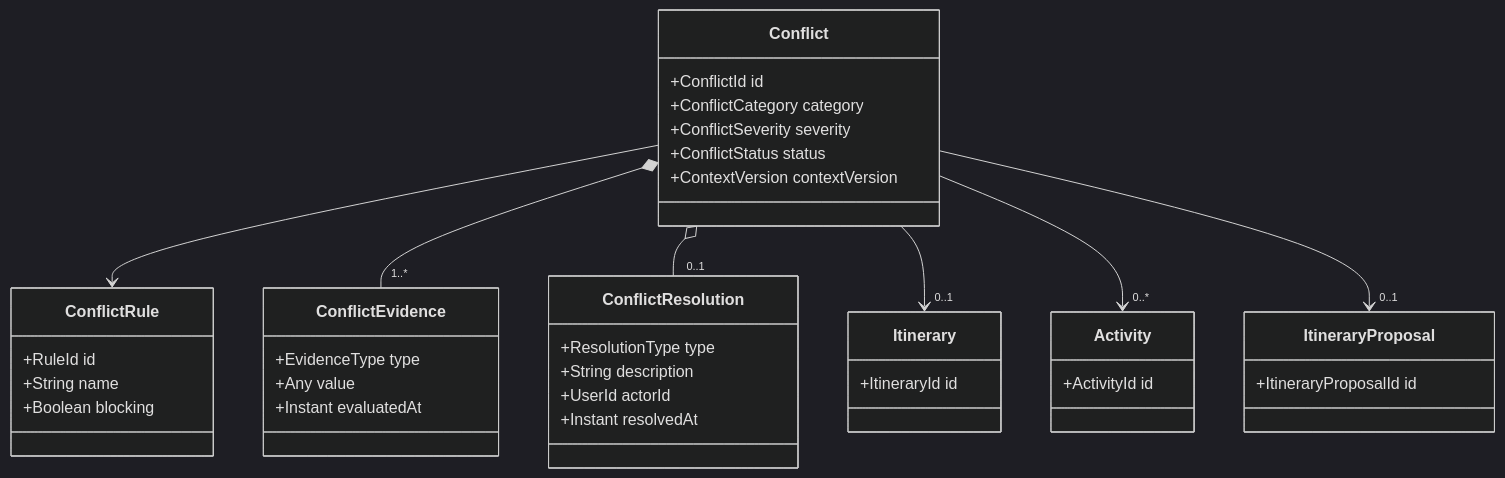
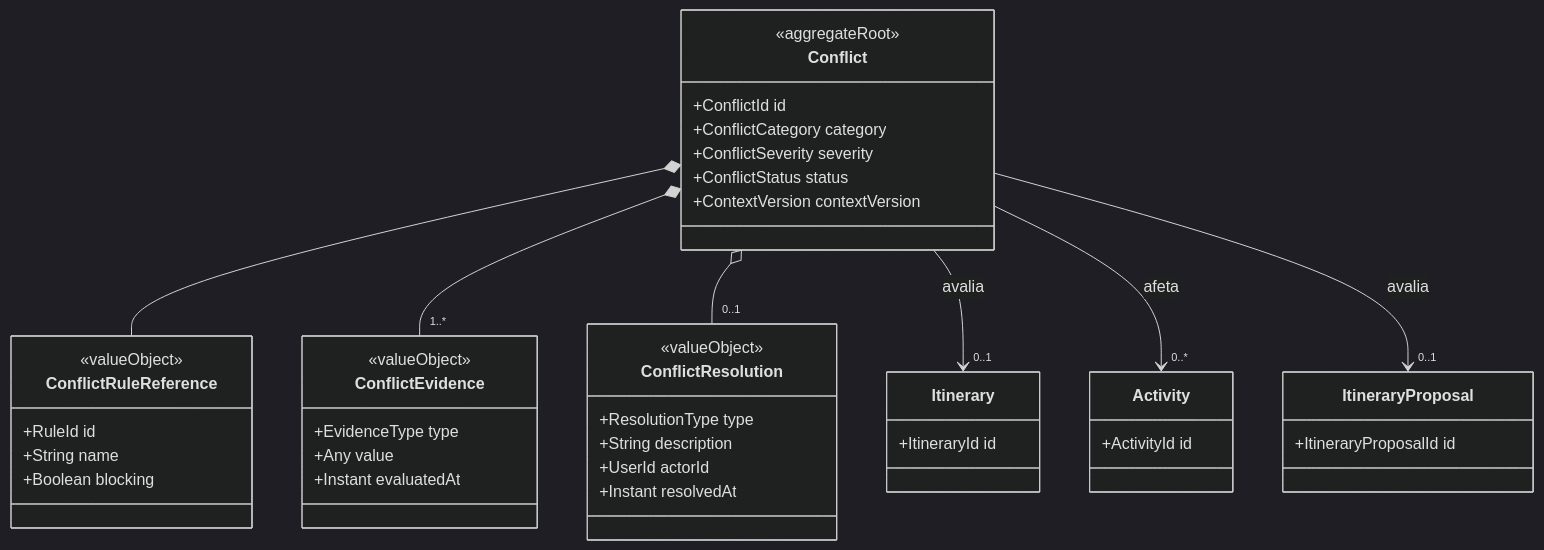
Before and after one commit to collapsy/Routebook: diagram 15 of 17 in docs/domain/domain-model.md, drawn with Mermaid (dark theme). The commit also changed other lines of this file and 1 other file, not shown here.

````diff
--- a/docs/domain/domain-model.md
+++ b/docs/domain/domain-model.md
@@ -2997,48 +2405,52 @@
-```mermaid id="iirxcy"
+```mermaid
 classDiagram
     class Conflict {
+        <<aggregateRoot>>
         +ConflictId id
         +ConflictCategory category
         +ConflictSeverity severity
         +ConflictStatus status
         +ContextVersion contextVersion
     }
 
-    class ConflictRule {
+    class ConflictRuleReference {
+        <<valueObject>>
         +RuleId id
         +String name
         +Boolean blocking
     }
 
     class ConflictEvidence {
+        <<valueObject>>
         +EvidenceType type
         +Any value
         +Instant evaluatedAt
     }
 
     class ConflictResolution {
+        <<valueObject>>
         +ResolutionType type
         +String description
         +UserId actorId
         +Instant resolvedAt
     }
 
     class Itinerary {
         +ItineraryId id
     }
 
     class Activity {
         +ActivityId id
     }
 
     class ItineraryProposal {
         +ItineraryProposalId id
     }
 
-    Conflict --> ConflictRule
+    Conflict *-- ConflictRuleReference
     Conflict *-- "1..*" ConflictEvidence
     Conflict o-- "0..1" ConflictResolution
-    Conflict --> "0..1" Itinerary
-    Conflict --> "0..*" Activity
-    Conflict --> "0..1" ItineraryProposal
+    Conflict --> "0..1" Itinerary : avalia
+    Conflict --> "0..*" Activity : afeta
+    Conflict --> "0..1" ItineraryProposal : avalia
 ```
````
